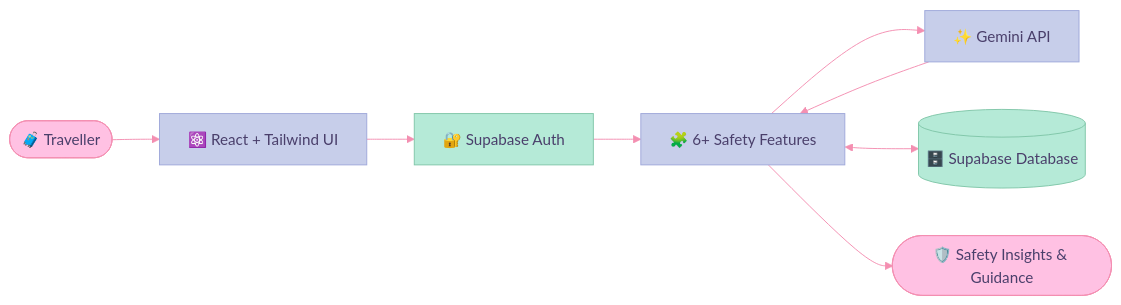
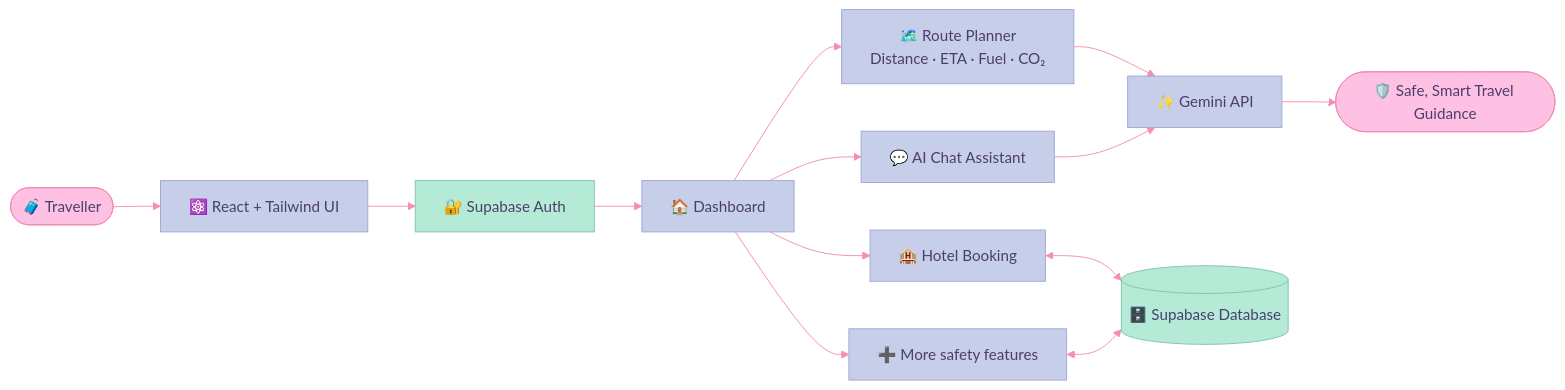
The second of 5 diagrams in README.md (Sayeedazaiba/Sayeedazaiba), drawn with Mermaid before and after one commit. The commit also changed other lines of this file, not shown here.

````diff
--- a/README.md
+++ b/README.md
@@ -129,15 +135,20 @@
 ```mermaid
 %%{init: {'theme':'base','themeVariables':{'primaryColor':'#C7CEEA','primaryTextColor':'#4A3F6B','primaryBorderColor':'#9FA8DA','lineColor':'#F48FB1','fontFamily':'Fira Code'}}}%%
 flowchart LR
     T(["🧳 Traveller"]) --> UI["⚛️ React + Tailwind UI"]
     UI --> AU["🔐 Supabase Auth"]
-    AU --> APP["🧩 6+ Safety Features"]
-    APP --> AI["✨ Gemini API"]
-    AI --> APP
-    APP <--> DB[("🗄️ Supabase Database")]
-    APP --> OUT(["🛡️ Safety Insights & Guidance"])
+    AU --> DASH["🏠 Dashboard"]
+    DASH --> F1["🏨 Hotel Booking"]
+    DASH --> F2["🗺️ Route Planner<br/>Distance · ETA · Fuel · CO₂"]
+    DASH --> F3["💬 AI Chat Assistant"]
+    DASH --> F4["➕ More safety features"]
+    F2 --> AI["✨ Gemini API"]
+    F3 --> AI
+    F1 <--> DB[("🗄️ Supabase Database")]
+    F4 <--> DB
+    AI --> OUT(["🛡️ Safe, Smart Travel Guidance"])
     classDef pink fill:#FFC1E3,stroke:#F48FB1,color:#4A3F6B
     classDef mint fill:#B5EAD7,stroke:#81C7A9,color:#4A3F6B
     class T,OUT pink
     class DB,AU mint
 ```
````
